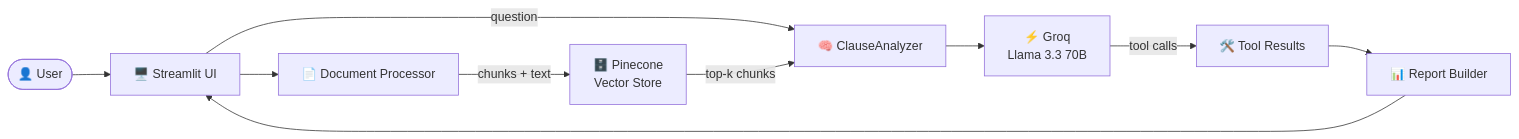
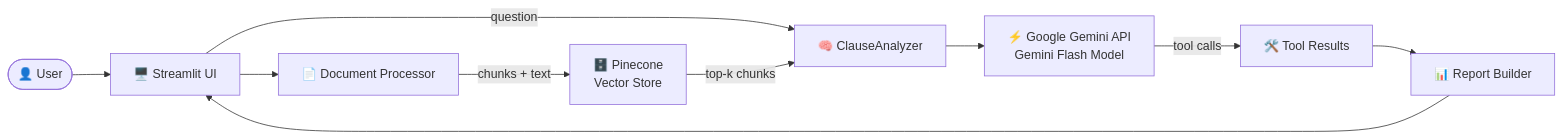
Before and after one commit to vaibhavsimha-j/Clauseguard: the second of 2 diagrams in README.md, drawn with Mermaid. The commit also changed other lines of this file, not shown here.

````diff
--- a/README.md
+++ b/README.md
@@ -56,12 +56,12 @@
 ```mermaid
 flowchart LR
     U([👤 User]) --> ST["🖥️ Streamlit UI"]
     ST --> DP["📄 Document Processor"]
     DP -->|chunks + text| PC["🗄️ Pinecone\nVector Store"]
     ST -->|question| CA["🧠 ClauseAnalyzer"]
     PC -->|top-k chunks| CA
-    CA --> GR["⚡ Groq\nLlama 3.3 70B"]
+    CA --> GR["⚡ Google Gemini API \nGemini Flash Model"]
     GR -->|tool calls| TR["🛠️ Tool Results"]
     TR --> RB["📊 Report Builder"]
     RB --> ST
 ```
````
